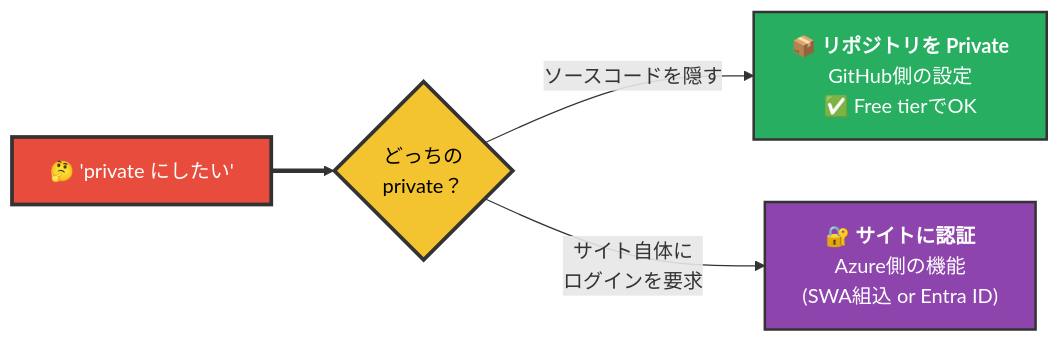
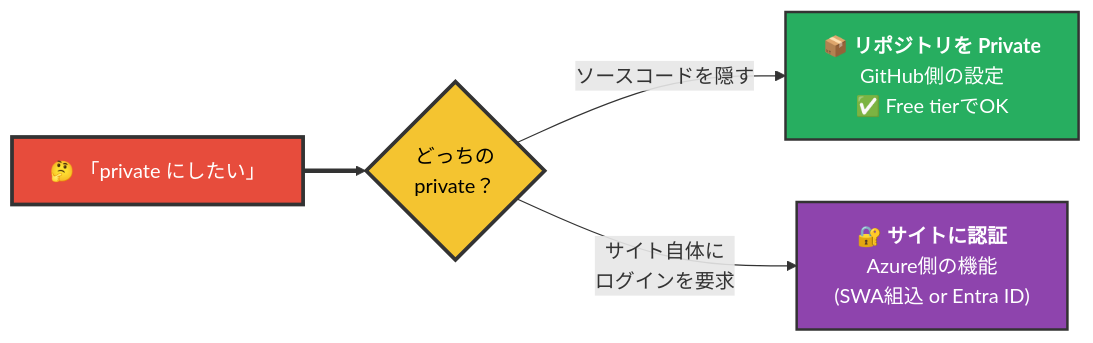
Before and after one commit to kasuyaofcb/tech_docs: diagram 21 of 29 in azure/azure.md, drawn with Mermaid. The commit also changed other lines of this file, not shown here.

````diff
--- a/azure/azure.md
+++ b/azure/azure.md
@@ -590,11 +590,11 @@
 ```mermaid
 flowchart LR
-    Q["🤔 'private にしたい'"] ==> A{"どっちの<br/>private？"}
+    Q["🤔 「private にしたい」"] ==> A{"どっちの<br/>private？"}
     A -->|"ソースコードを隠す"| P1["📦 <b>リポジトリを Private</b><br/>GitHub側の設定<br/>✅ Free tierでOK"]
     A -->|"サイト自体に<br/>ログインを要求"| P2["🔐 <b>サイトに認証</b><br/>Azure側の機能<br/>(SWA組込 or Entra ID)"]
 
     style Q fill:#E74C3C,color:#FFFFFF,stroke:#333,stroke-width:3px
     style A fill:#F4C430,color:#000,stroke:#333,stroke-width:3px
     style P1 fill:#27AE60,color:#FFFFFF,stroke:#333,stroke-width:2px
     style P2 fill:#8E44AD,color:#FFFFFF,stroke:#333,stroke-width:2px
 ```
````
